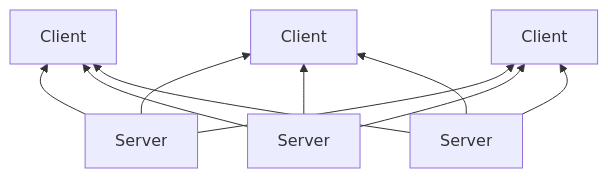
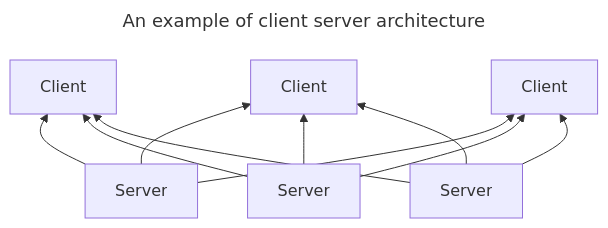
One commit to Parker-Wallace/sem8notes changed the first of 7 diagrams in CP 3566 Java III/Intro to Web Programming Architectures.md. Above: the diagram before and after it, drawn with Mermaid. The commit also changed other lines of this file and 12 other files, not shown here.

````diff
--- a/CP 3566 Java III/Intro to Web Programming Architectures.md
+++ b/CP 3566 Java III/Intro to Web Programming Architectures.md
@@ -45,18 +45,15 @@
 ```mermaid
+---
+title: An example of client server architecture
+---
 flowchart BT
 A[Server]
 B[Server]
 C[Server]
 E[Client]
 F[Client]
 G[Client]
-A --> E
-A --> F
-A --> G
-B --> E
-B --> F
-B --> G
-C --> E
-C --> F
-C --> G
+A --> E & F & G
+B --> E & F & G
+C --> E & F & G
 ```
````
